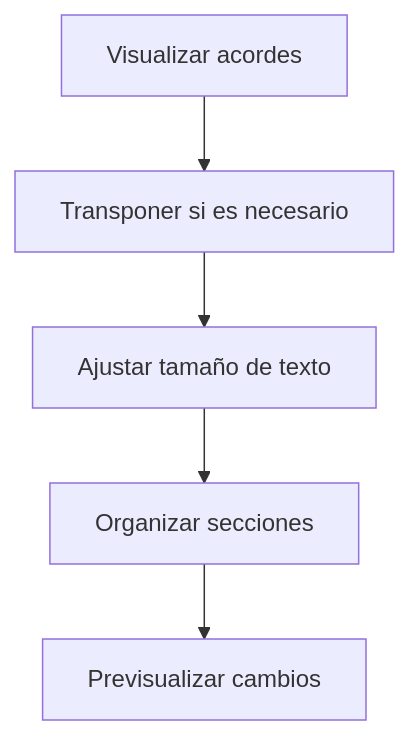
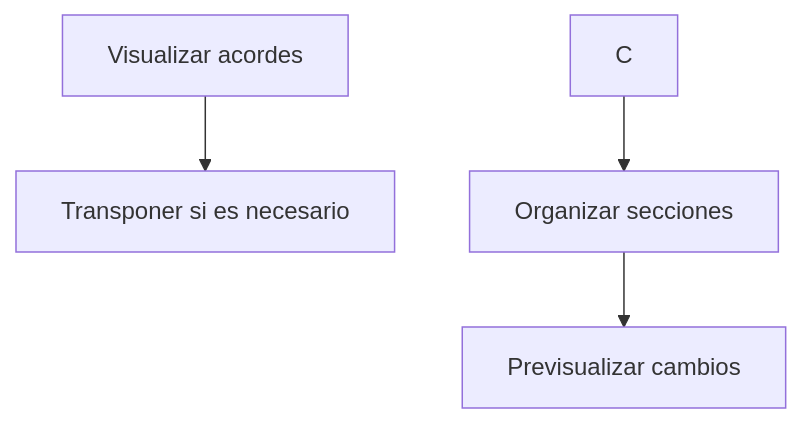
Before and after one commit to alejandrobavaro/formateo-de-chords: the second of 6 diagrams in README.md, drawn with Mermaid. The commit also changed other lines of this file and 8 other files, not shown here.

````diff
--- a/README.md
+++ b/README.md
@@ -145,7 +144,6 @@
 ```mermaid
 graph TD
     A[Visualizar acordes] --> B[Transponer si es necesario];
-    B --> C[Ajustar tamaño de texto];
     C --> D[Organizar secciones];
     D --> E[Previsualizar cambios];
 ```
````
